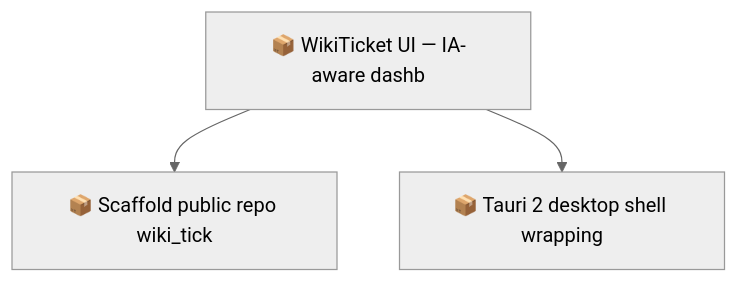
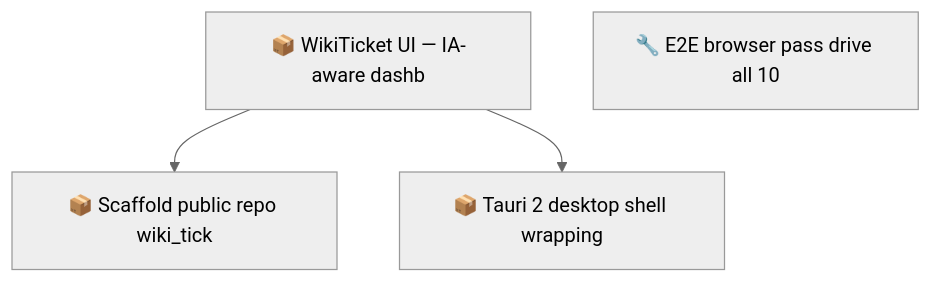
Before and after one commit to SpillwaveSolutions/wiki_ticket_sdd_ui: the second of 2 diagrams in docs/roadmap.md, drawn with Mermaid (neutral theme). The commit also changed other lines of this file and 5 other files, not shown here.

First line of the commit message:
chore: roadmap/index refresh; E2E browser-pass item filed (01KY659FMF)

````diff
--- a/docs/roadmap.md
+++ b/docs/roadmap.md
@@ -59,8 +66,9 @@
 ```mermaid
 graph TD
     01KY5ZZX8Y6N7E5YQYP4X1V7VA["📦 Scaffold public repo wiki_tick"]
     01KY5ZZX8YXD5YDJKQGJ3VCCHN["📦 WikiTicket UI — IA-aware dashb"]
     01KY5ZZX8Z46K7BCSPPFKN23JZ["📦 Tauri 2 desktop shell wrapping"]
+    01KY659FMF8BB293744Q4X2V6G["🔧 E2E browser pass drive all 10"]
     01KY5ZZX8YXD5YDJKQGJ3VCCHN --> 01KY5ZZX8Y6N7E5YQYP4X1V7VA
     01KY5ZZX8YXD5YDJKQGJ3VCCHN --> 01KY5ZZX8Z46K7BCSPPFKN23JZ
 ```
````
